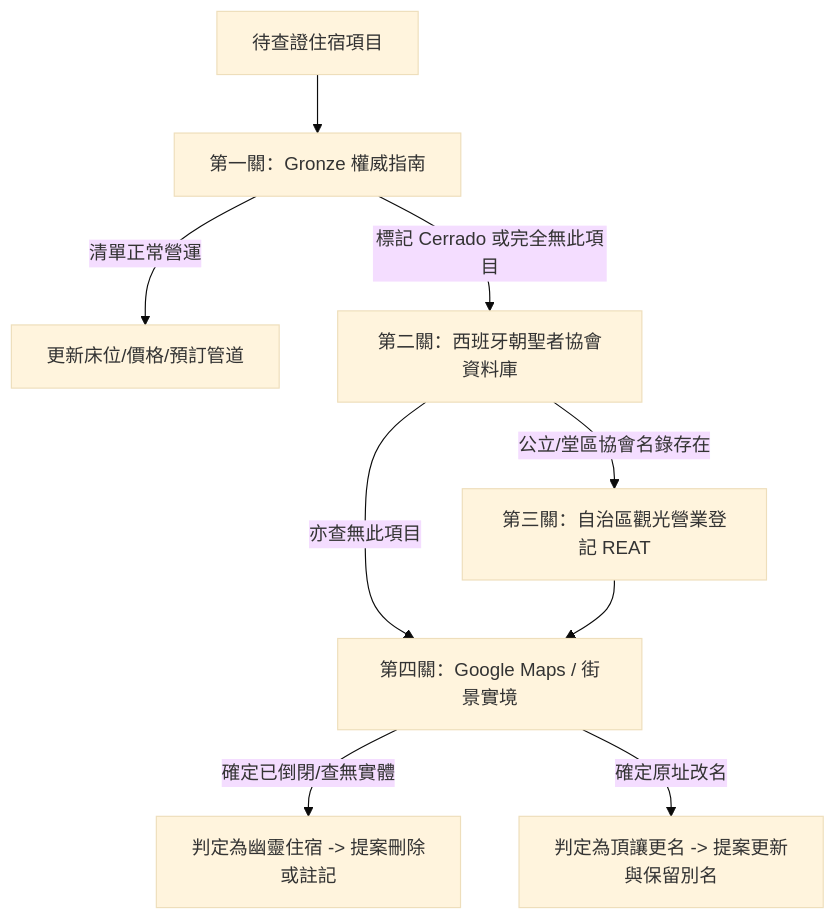
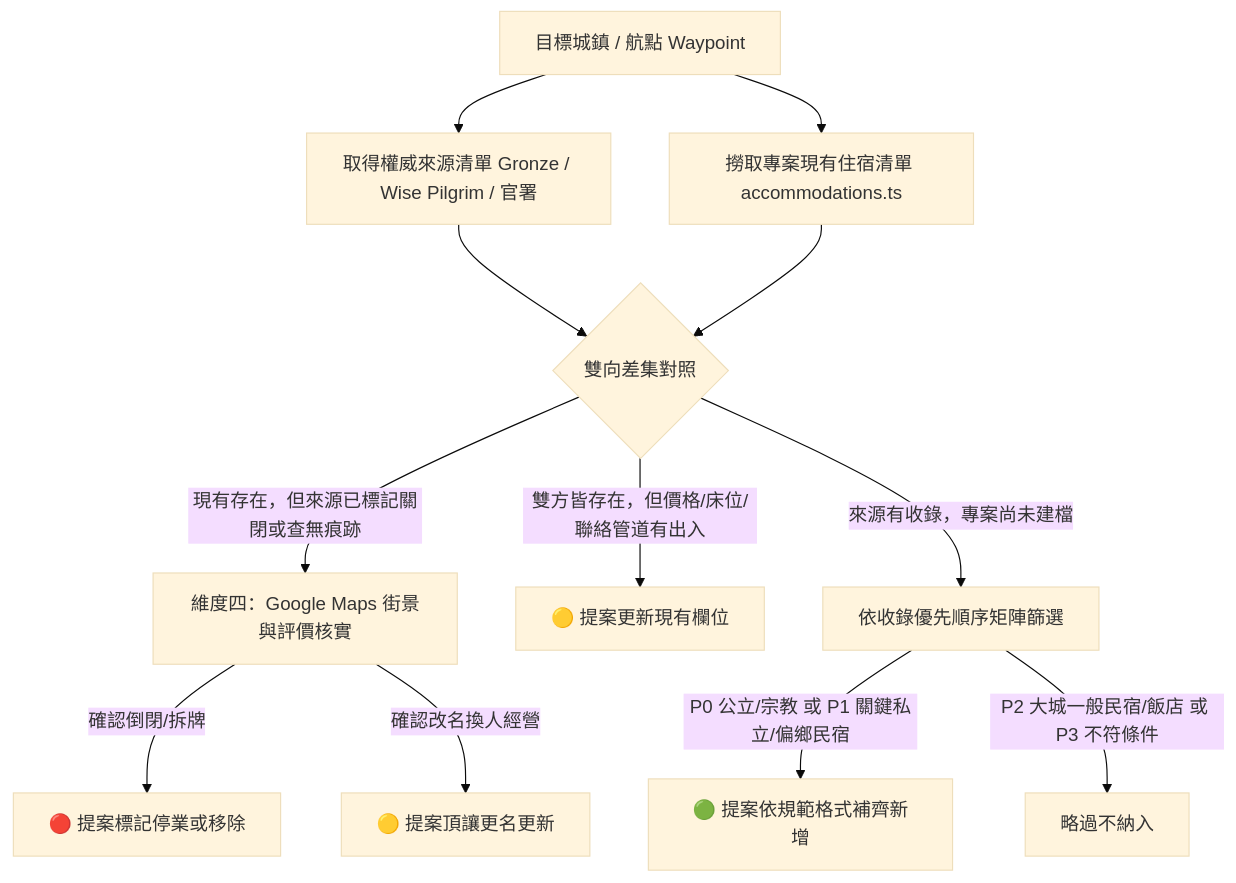
The diagram in .agent/skills/camino-accommodation-auditor/SKILL.md (vdiefn/camino-planner), drawn with Mermaid (base theme) before and after one commit. The commit also changed other lines of this file and 4 other files, not shown here.

````diff
--- a/.agent/skills/camino-accommodation-auditor/SKILL.md
+++ b/.agent/skills/camino-accommodation-auditor/SKILL.md
@@ -31,11 +36,19 @@
 ```mermaid
 flowchart TD
-    A[待查證住宿項目] --> B[第一關：Gronze 權威指南]
-    B -->|清單正常營運| C[更新床位/價格/預訂管道]
-    B -->|標記 Cerrado 或完全無此項目| D[第二關：西班牙朝聖者協會資料庫]
-    D -->|公立/堂區協會名錄存在| E[第三關：自治區觀光營業登記 REAT]
-    D -->|亦查無此項目| F[第四關：Google Maps / 街景實境]
-    E --> F
-    F -->|確定已倒閉/查無實體| G[判定為幽靈住宿 -> 提案刪除或註記]
-    F -->|確定原址改名| H[判定為頂讓更名 -> 提案更新與保留別名]
+    Target[目標城鎮 / 航點 Waypoint] --> FetchSources[取得權威來源清單 Gronze / Wise Pilgrim / 官署]
+    Target --> FetchDB[撈取專案現有住宿清單 accommodations.ts]
+
+    FetchSources & FetchDB --> Compare{雙向差集對照}
+
+    %% 正向稽核
+    Compare -->|現有存在，但來源已標記關閉或查無痕跡| GhostCheck[維度四：Google Maps 街景與評價核實]
+    GhostCheck -->|確認倒閉/拆牌| ActionRemove[🔴 提案標記停業或移除]
+    GhostCheck -->|確認改名換人經營| ActionRename[🟡 提案頂讓更名更新]
+
+    Compare -->|雙方皆存在，但價格/床位/聯絡管道有出入| ActionDrift[🟡 提案更新現有欄位]
+
+    %% 逆向探勘
+    Compare -->|來源有收錄，專案尚未建檔| MissingFilter[依收錄優先順序矩陣篩選]
+    MissingFilter -->|P0 公立/宗教 或 P1 關鍵私立/偏鄉民宿| ActionAdd[🟢 提案依規範格式補齊新增]
+    MissingFilter -->|P2 大城一般民宿/飯店 或 P3 不符條件| ActionSkip[略過不納入]
 ```
````
